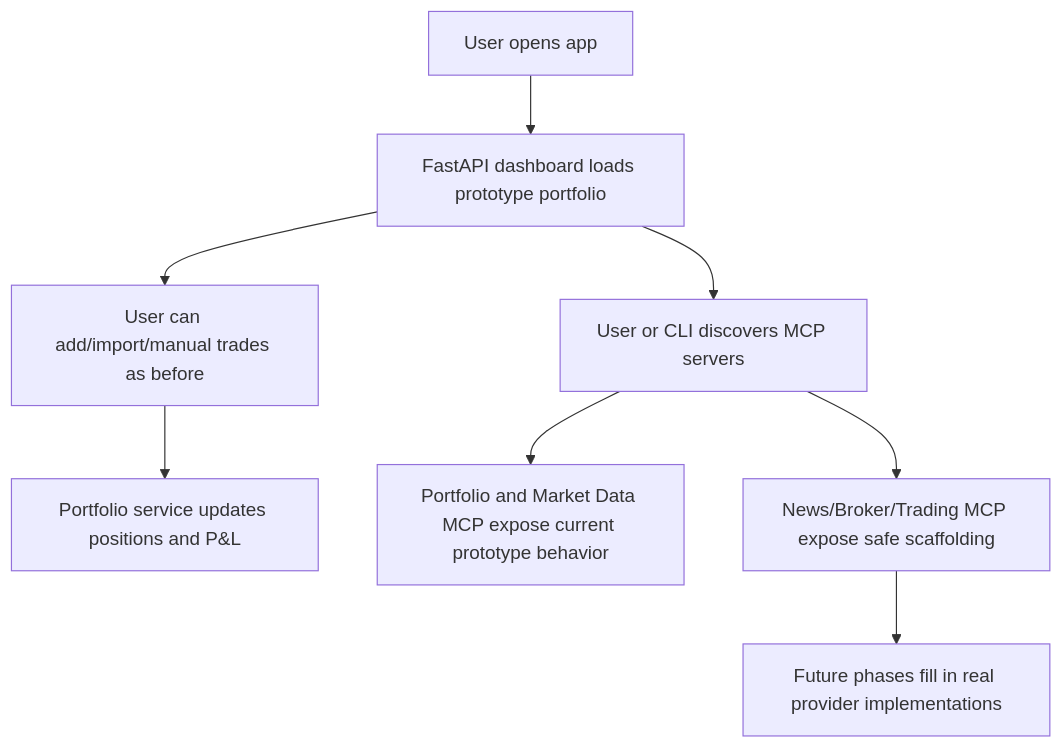
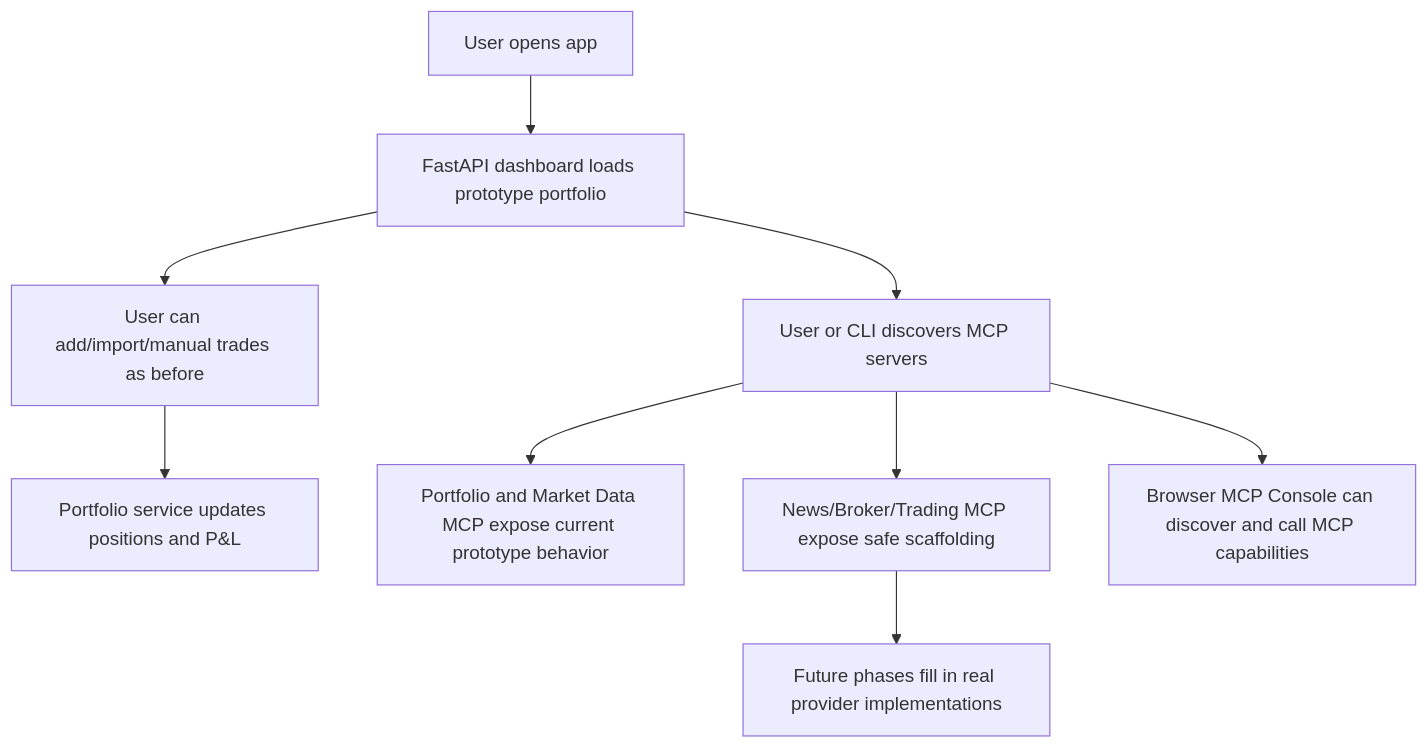
One commit to thejavascriptways/IFSC-78603-Graduate-Project-trading_journal-mcp changed the second of 7 diagrams in docs/architecture_plan.md. Above: the diagram before and after it, drawn with Mermaid. The commit also changed other lines of this file and 11 other files, not shown here.

````diff
--- a/docs/architecture_plan.md
+++ b/docs/architecture_plan.md
@@ -159,10 +182,11 @@
 ```mermaid
 flowchart TD
     A["User opens app"] --> B["FastAPI dashboard loads prototype portfolio"]
     B --> C["User can add/import/manual trades as before"]
     C --> D["Portfolio service updates positions and P&L"]
     B --> E["User or CLI discovers MCP servers"]
     E --> F["Portfolio and Market Data MCP expose current prototype behavior"]
     E --> G["News/Broker/Trading MCP expose safe scaffolding"]
+    E --> I["Browser MCP Console can discover and call MCP capabilities"]
     G --> H["Future phases fill in real provider implementations"]
 ```
````
